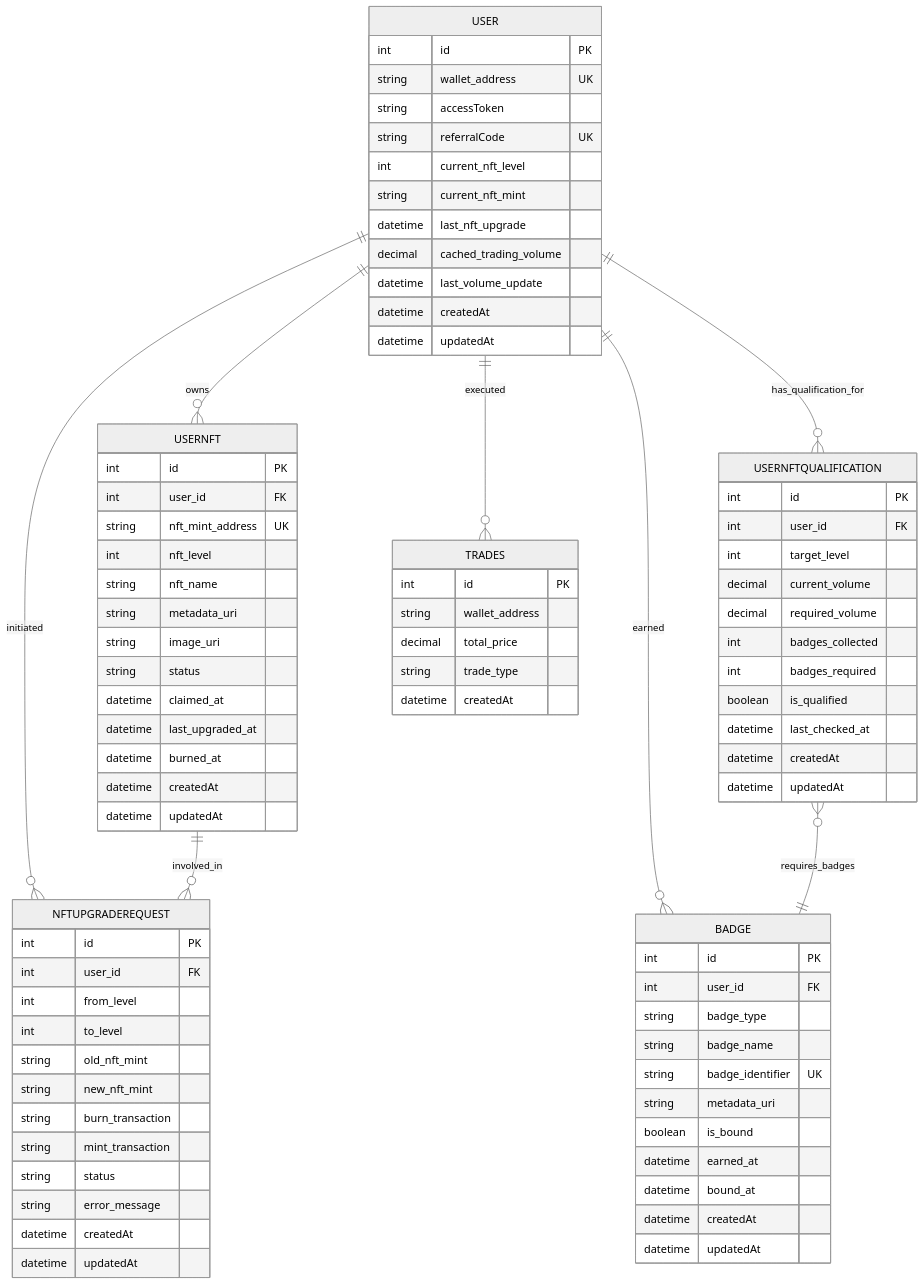
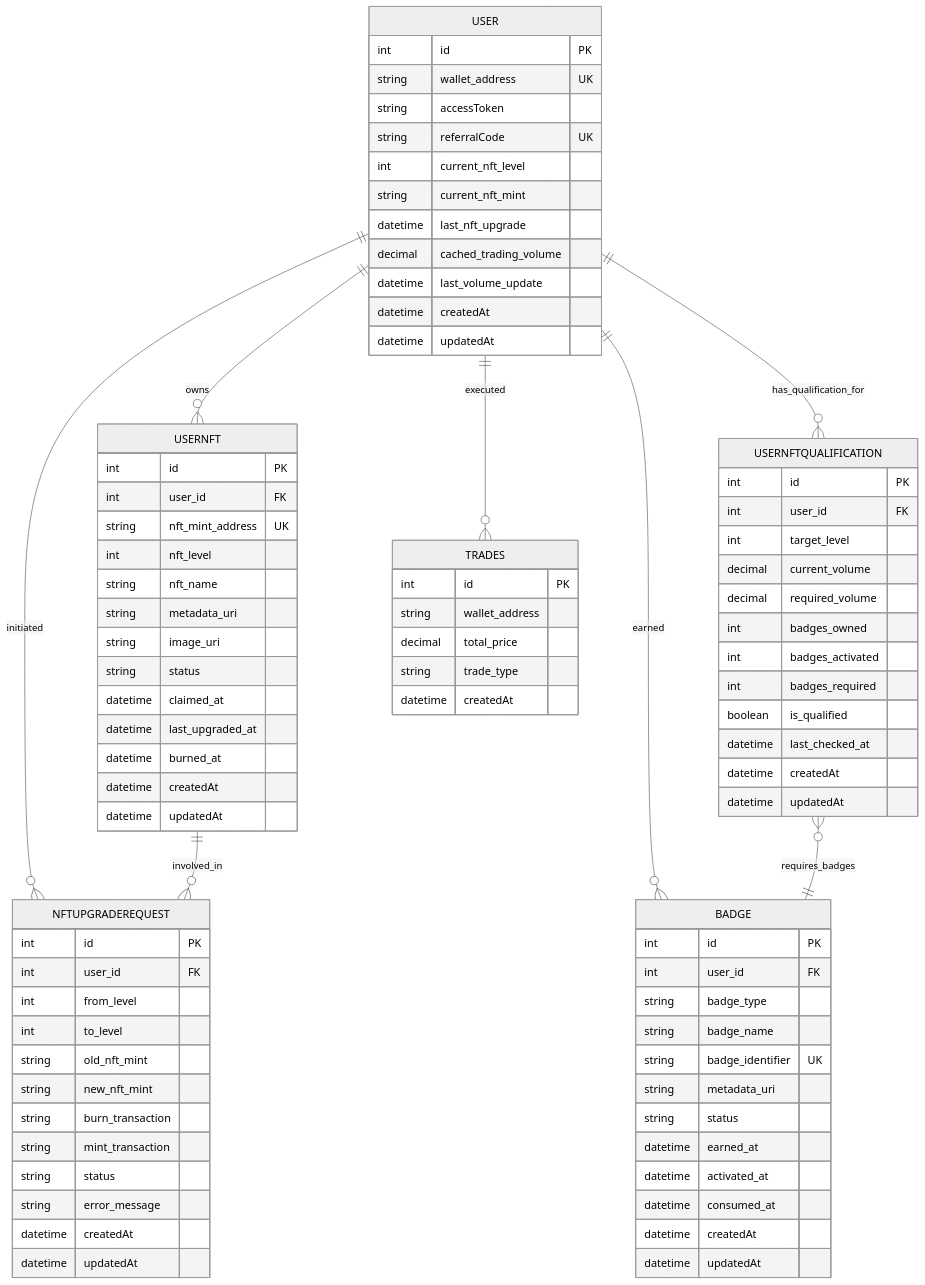
The diagram in docs/technical/architecture/AIW3-NFT-Data-Model.md (ljg-cqu/aiw3-nft-solana), drawn with Mermaid (neutral theme) before and after one commit. The commit also changed other lines of this file and 1 other file, not shown here.

Commit message:
refactor: update badge lifecycle with owned/activated/consumed states and tracking

```diff
--- a/docs/technical/architecture/AIW3-NFT-Data-Model.md
+++ b/docs/technical/architecture/AIW3-NFT-Data-Model.md
@@ -662,7 +678,8 @@
         int target_level
         decimal current_volume
         decimal required_volume
-        int badges_collected
+        int badges_owned
+        int badges_activated
         int badges_required
         boolean is_qualified
         datetime last_checked_at
@@ -677,9 +694,10 @@
         string badge_name
         string badge_identifier UK
         string metadata_uri
-        boolean is_bound
+        string status
         datetime earned_at
-        datetime bound_at
+        datetime activated_at
+        datetime consumed_at
         datetime createdAt
         datetime updatedAt
     }
```
